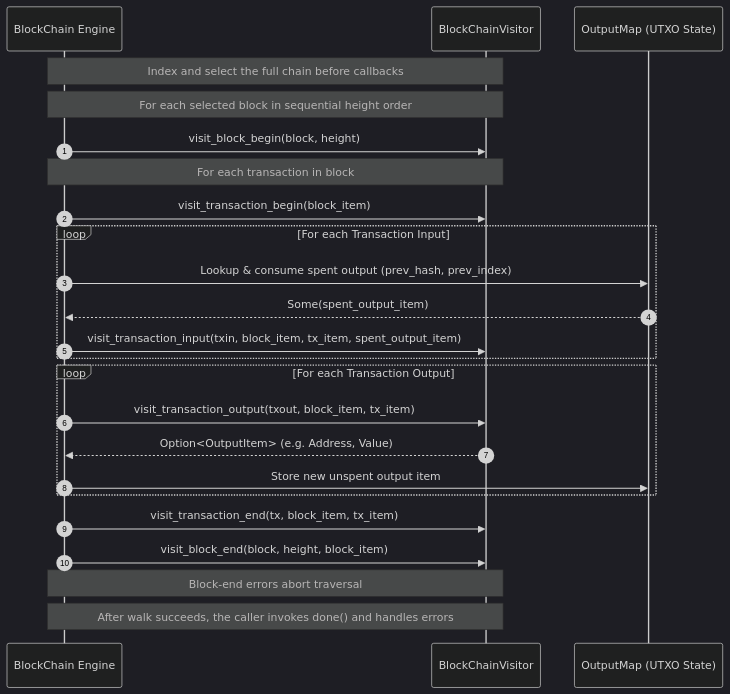
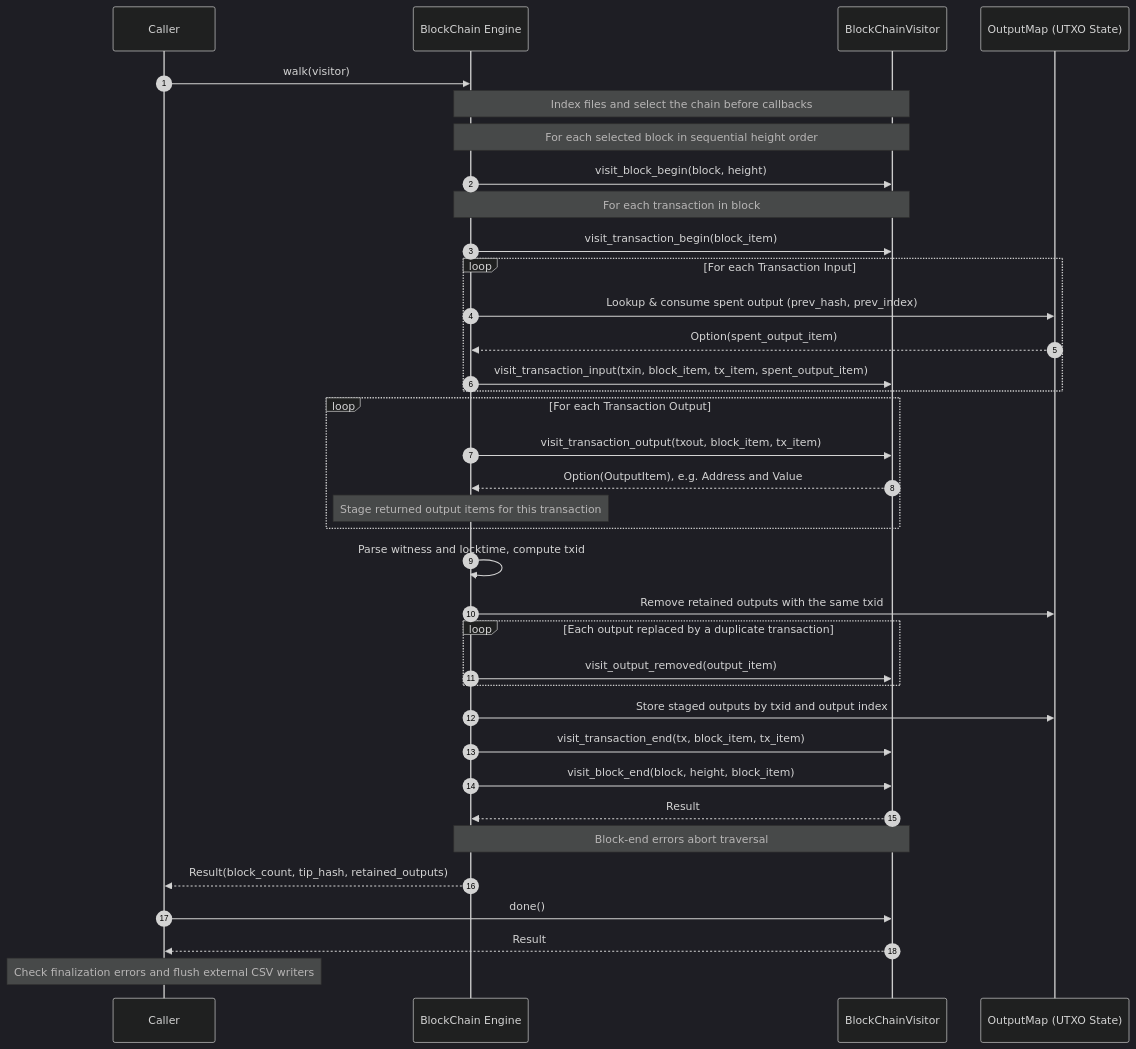
Before and after one commit to mikispag/bitiodine: the second of 3 diagrams in README.md, drawn with Mermaid (dark theme). The commit also changed other lines of this file and 3 other files, not shown here.

````diff
--- a/README.md
+++ b/README.md
@@ -174,31 +203,43 @@
 ```mermaid
 sequenceDiagram
     autonumber
+    participant C as Caller
     participant BC as BlockChain Engine
     participant V as BlockChainVisitor
     participant UTXO as OutputMap (UTXO State)
 
-    Note over BC,V: Index and select the full chain before callbacks
+    C->>BC: walk(visitor)
+    Note over BC,V: Index files and select the chain before callbacks
     Note over BC,V: For each selected block in sequential height order
     BC->>V: visit_block_begin(block, height)
     Note over BC,V: For each transaction in block
     BC->>V: visit_transaction_begin(block_item)
 
     loop For each Transaction Input
         BC->>UTXO: Lookup & consume spent output (prev_hash, prev_index)
-        UTXO-->>BC: Some(spent_output_item)
+        UTXO-->>BC: Option(spent_output_item)
         BC->>V: visit_transaction_input(txin, block_item, tx_item, spent_output_item)
     end
 
     loop For each Transaction Output
         BC->>V: visit_transaction_output(txout, block_item, tx_item)
-        V-->>BC: Option<OutputItem> (e.g. Address, Value)
-        BC->>UTXO: Store new unspent output item
+        V-->>BC: Option(OutputItem), e.g. Address and Value
+        Note over BC: Stage returned output items for this transaction
     end
 
+    BC->>BC: Parse witness and locktime, compute txid
+    BC->>UTXO: Remove retained outputs with the same txid
+    loop Each output replaced by a duplicate transaction
+        BC->>V: visit_output_removed(output_item)
+    end
+    BC->>UTXO: Store staged outputs by txid and output index
     BC->>V: visit_transaction_end(tx, block_item, tx_item)
     BC->>V: visit_block_end(block, height, block_item)
+    V-->>BC: Result
 
     Note over BC,V: Block-end errors abort traversal
-    Note over BC,V: After walk succeeds, the caller invokes done() and handles errors
+    BC-->>C: Result(block_count, tip_hash, retained_outputs)
+    C->>V: done()
+    V-->>C: Result
+    Note over C: Check finalization errors and flush external CSV writers
 ```
````
